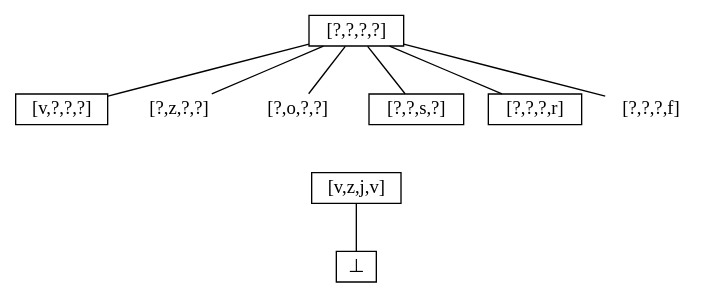
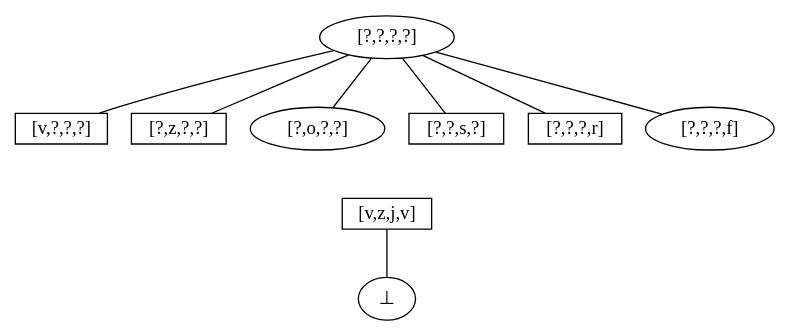
The diagram in resources/graphs/iteration_2.dot (NorfairKing/ai_alternative-exam), drawn with Graphviz before and after one commit. The commit also changed 17 other files, not shown here.

```diff
--- a/resources/graphs/iteration_2.dot
+++ b/resources/graphs/iteration_2.dot
@@ -1,28 +1,28 @@
 digraph iter_1 {
     node [shape=rect height=0.1, width=0.2];
     edge [arrowhead = none];
 
-    top  [label = "[?,?,?,?]"];
-    bot  [label = "&#8869;"];
+    top  [label = "[?,?,?,?]", shape=ellipse];
+    bot  [label = "&#8869;", shape=ellipse];
 
     ex_1 [label= "[v,z,j,v]"];
     
     ex_2_1 [label = "[v,?,?,?]"];
-    ex_2_2 [label = "[?,z,?,?]",shape=none];
-    ex_2_3 [label = "[?,o,?,?]",shape=none];
+    ex_2_2 [label = "[?,z,?,?]"];
+    ex_2_3 [label = "[?,o,?,?]",shape=ellipse];
     ex_2_4 [label = "[?,?,s,?]"];
     ex_2_5 [label = "[?,?,?,r]"];
-    ex_2_6 [label = "[?,?,?,f]",shape=none];
+    ex_2_6 [label = "[?,?,?,f]",shape=ellipse];
     
     top -> ex_2_1;
     top -> ex_2_2;
     top -> ex_2_3;
     top -> ex_2_4;
     top -> ex_2_5;
     top -> ex_2_6;
     
     ex_2_3 -> ex_1[style=invis];
     ex_2_4 -> ex_1[style=invis];
     
     ex_1 -> bot;
 }
```
